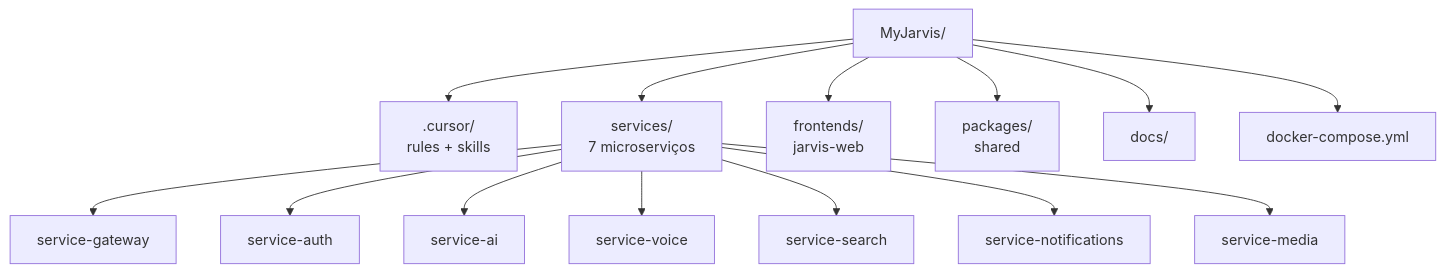
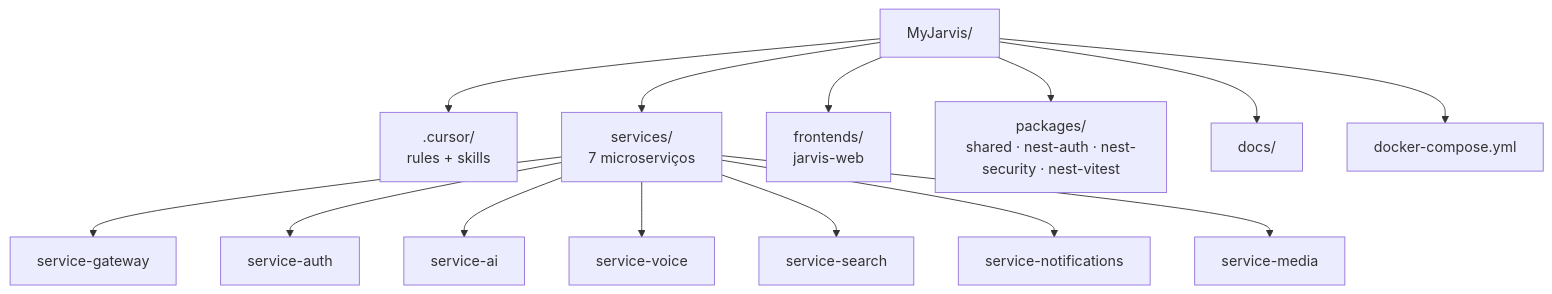
Before and after one commit to FranciscoStanley/MyJarvis: the second of 8 diagrams in docs/architecture.md, drawn with Mermaid. The commit also changed other lines of this file and 9 other files, not shown here.

````diff
--- a/docs/architecture.md
+++ b/docs/architecture.md
@@ -55,19 +57,19 @@
 ```mermaid
 flowchart TB
     ROOT[MyJarvis/]
 
     ROOT --> CURSOR[".cursor/<br/>rules + skills"]
     ROOT --> SERVICES["services/<br/>7 microserviços"]
     ROOT --> FRONTENDS["frontends/<br/>jarvis-web"]
-    ROOT --> PACKAGES["packages/<br/>shared"]
+    ROOT --> PACKAGES["packages/<br/>shared · nest-auth · nest-security · nest-vitest"]
     ROOT --> DOCS["docs/"]
     ROOT --> DOCKER["docker-compose.yml"]
 
     SERVICES --> GW_S[service-gateway]
     SERVICES --> AUTH_S[service-auth]
     SERVICES --> AI_S[service-ai]
     SERVICES --> VOICE_S[service-voice]
     SERVICES --> SEARCH_S[service-search]
     SERVICES --> NOTIF_S[service-notifications]
     SERVICES --> MEDIA_S[service-media]
 ```
````
